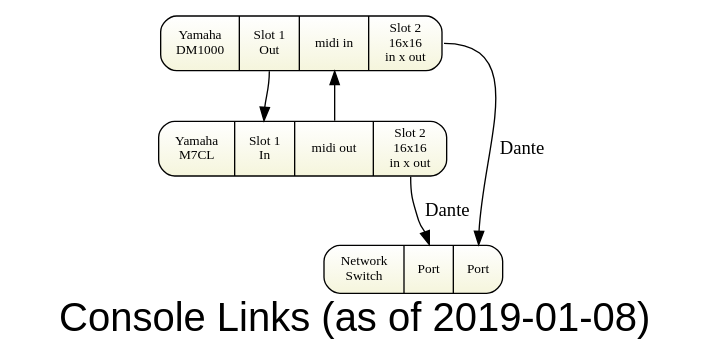
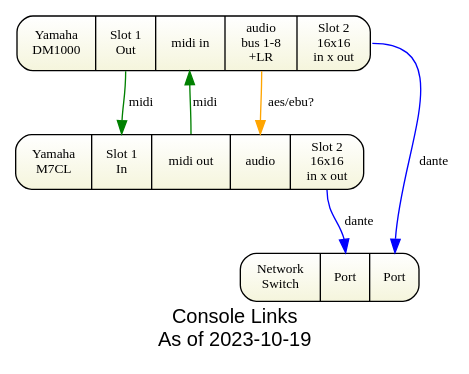
The diagram in gv/sda-links.gv (avmaint/uactechdoc), drawn with Graphviz before and after one commit. The commit also changed 8 other files, not shown here.

```diff
--- a/gv/sda-links.gv
+++ b/gv/sda-links.gv
@@ -1,30 +1,39 @@
 digraph topology1 { 
-graph [overlap = true, fontsize = 30, rankdir=TB 
-      label="Console Links (as of 2019-01-08)",
+graph [fontsize = 15, rankdir=TB 
+      label="Console Links\nAs of 2023-10-19"
       fontname = Helvetica]
 
 node [shape=Mrecord, tooltip="" , fontsize = 10,
       fillcolor="white:beige" , style=filled  
       gradientangle=270]
       
 dm1k [label="
-   {Yamaha\nDM1000}|
-  {{ <link>Slot 1\nOut} }|{<midi>midi in} | {<net>Slot 2\n16x16\nin x out}"]
+     Yamaha\nDM1000
+   | <link>Slot 1\nOut
+   | <midi>midi in
+   | <a>audio\nbus 1-8\n+LR
+   | <net>Slot 2\n16x16\nin x out
+   "] 
 
 m7 [label="
-    {  Yamaha\nM7CL} |
-    <link>Slot 1\nIn |
-    <midi>midi out   | {<net>Slot 2\n16x16\nin x out}
-"]
+     Yamaha\nM7CL  
+     | <link>Slot 1\nIn
+     | <midi>midi out
+     | <a>audio
+     | <net>Slot 2\n16x16\nin x out
+	"]
 
 nscua003 [label="
-   {Network\nSwitch}|
-   { <net2
-   > Port}| {<net1> Port}   "]
+      Network\nSwitch 
+    | <net2> Port 
+    | <net1> Port 
+    "]
 
-dm1k:link -> m7:link
-m7:midi -> dm1k:midi
+dm1k:link -> m7:link [label="midi" color=green fontsize=10 ]
+m7:midi -> dm1k:midi [label="midi" color=green fontsize=10 ]
+ 
+dm1k:net -> nscua003:net1 [label="dante" color=blue fontsize=10 ]
+m7:net   -> nscua003:net2 [label="dante" color=blue fontsize=10]
 
-dm1k:net -> nscua003:net1 [label="Dante"]
-m7:net -> nscua003:net2 [label="Dante"]
+dm1k:a -> m7:a [label="aes/ebu?" color=orange fontsize=10 ]
 } 
```
